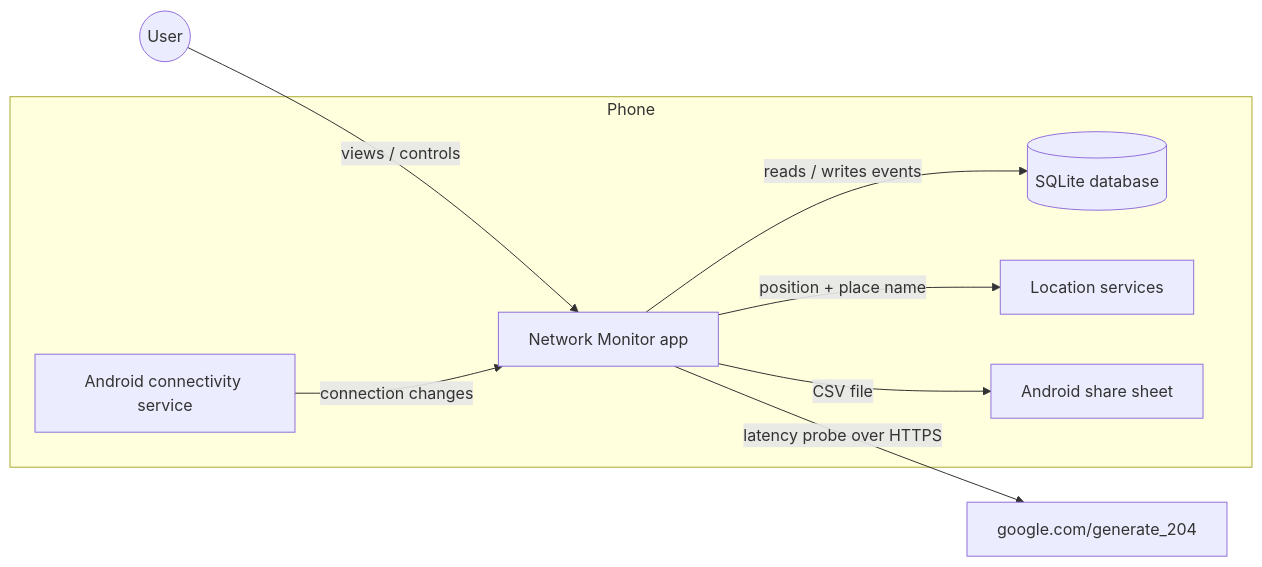
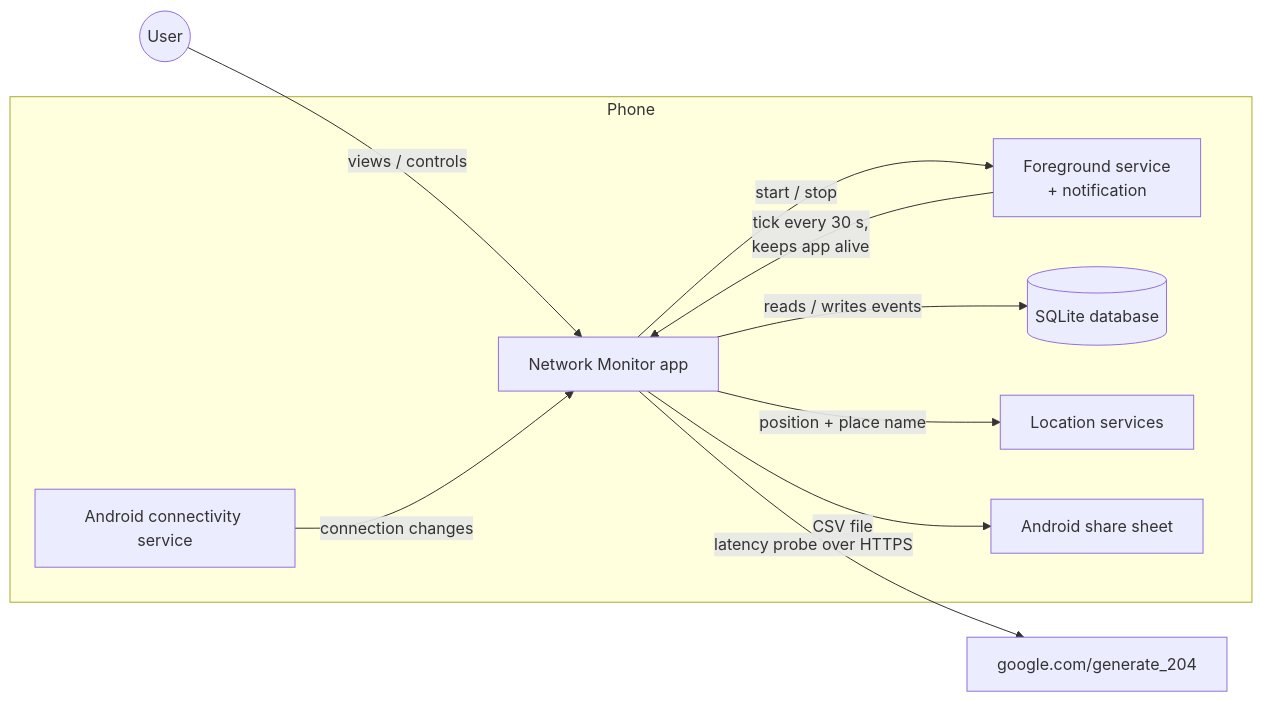
One commit to ankitsharma5911/network-monitor changed the first of 6 diagrams in README.md. Above: the diagram before and after it, drawn with Mermaid. The commit also changed other lines of this file and 6 other files, not shown here.

````diff
--- a/README.md
+++ b/README.md
@@ -121,19 +160,22 @@
 ```mermaid
 flowchart LR
     User((User))
     subgraph Phone
         App[Network Monitor app]
+        Svc[Foreground service<br/>+ notification]
         DB[(SQLite database)]
         OS[Android connectivity service]
         GPS[Location services]
         Share[Android share sheet]
     end
     Probe[google.com/generate_204]
 
     User -- views / controls --> App
+    App -- start / stop --> Svc
+    Svc -- tick every 30 s,<br/>keeps app alive --> App
     OS -- connection changes --> App
     App -- latency probe over HTTPS --> Probe
     App -- position + place name --> GPS
     App -- reads / writes events --> DB
     App -- CSV file --> Share
 ```
````
